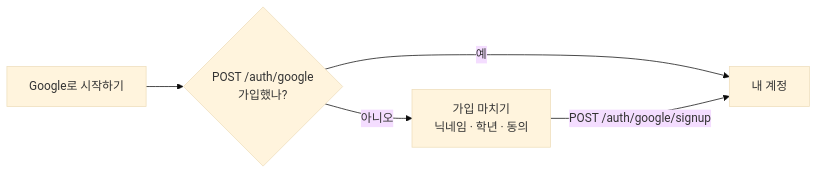
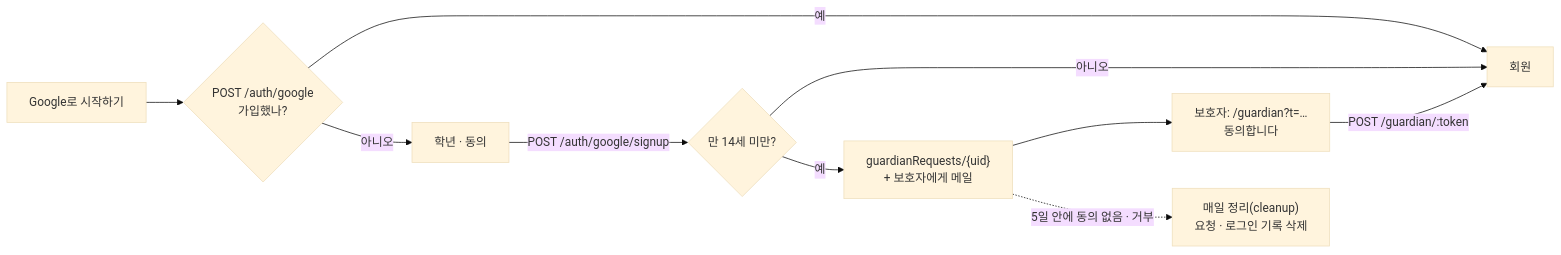
The second of 3 diagrams in firebase/README.md (Collegenie-X/askback), drawn with Mermaid (base theme) before and after one commit. The commit also changed other lines of this file and 41 other files, not shown here.

````diff
--- a/firebase/README.md
+++ b/firebase/README.md
@@ -89,6 +93,9 @@
 ```mermaid
 flowchart LR
   A["Google로 시작하기"] --> B{"POST /auth/google\n가입했나?"}
-  B -- 예 --> D["내 계정"]
-  B -- 아니오 --> C["가입 마치기\n닉네임 · 학년 · 동의"] -->|"POST /auth/google/signup"| D
+  B -- 예 --> D["회원"]
+  B -- 아니오 --> C["학년 · 동의"] -->|"POST /auth/google/signup"| E{"만 14세 미만?"}
+  E -- 아니오 --> D
+  E -- 예 --> F["guardianRequests/{uid}\n+ 보호자에게 메일"] --> G["보호자: /guardian?t=…\n동의합니다"] -->|"POST /guardian/:token"| D
+  F -. "5일 안에 동의 없음 · 거부" .-> H["매일 정리(cleanup)\n요청 · 로그인 기록 삭제"]
 ```
````
